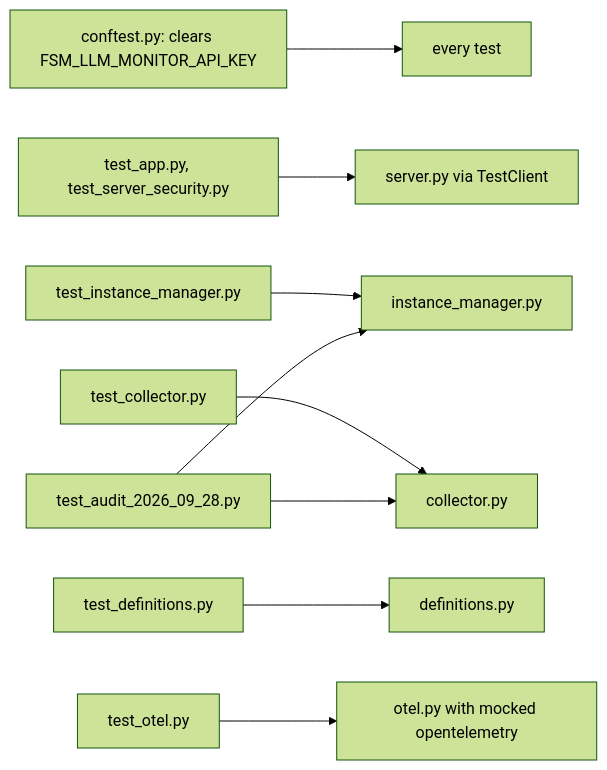
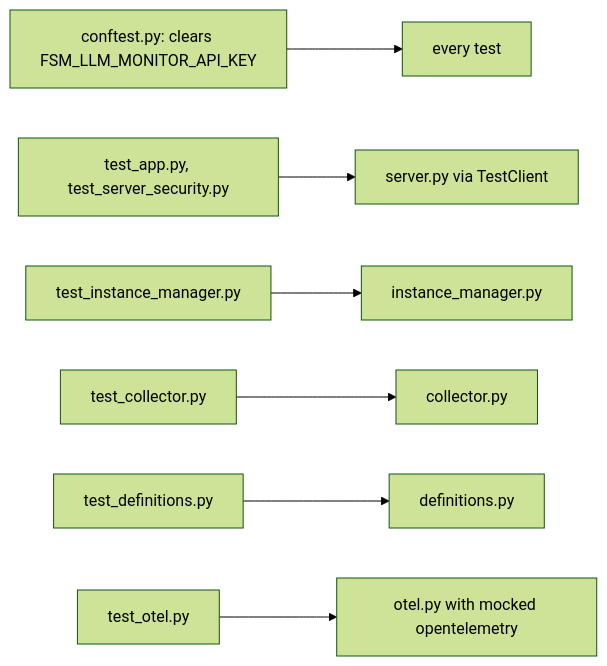
Before and after one commit to NikolasMarkou/fsm_llm: the diagram in tests/test_fsm_llm_monitor/README.md, drawn with Mermaid (forest theme). The commit also changed other lines of this file and 7 other files, not shown here.

Commit message:
[plan-2026-11-12-d454fd62/iter-1/step-34] test(structure): fold the monitor audit file into feature files

````diff
--- a/tests/test_fsm_llm_monitor/README.md
+++ b/tests/test_fsm_llm_monitor/README.md
@@ -13,11 +13,9 @@
 ```mermaid
 flowchart LR
     conftest[conftest.py: clears FSM_LLM_MONITOR_API_KEY] --> all[every test]
     app[test_app.py, test_server_security.py] --> server[server.py via TestClient]
     im[test_instance_manager.py] --> manager[instance_manager.py]
     col[test_collector.py] --> collector[collector.py]
     defs[test_definitions.py] --> definitions[definitions.py]
     ot[test_otel.py] --> otel[otel.py with mocked opentelemetry]
-    audit[test_audit_2026_09_28.py] --> manager
-    audit --> collector
 ```
````
